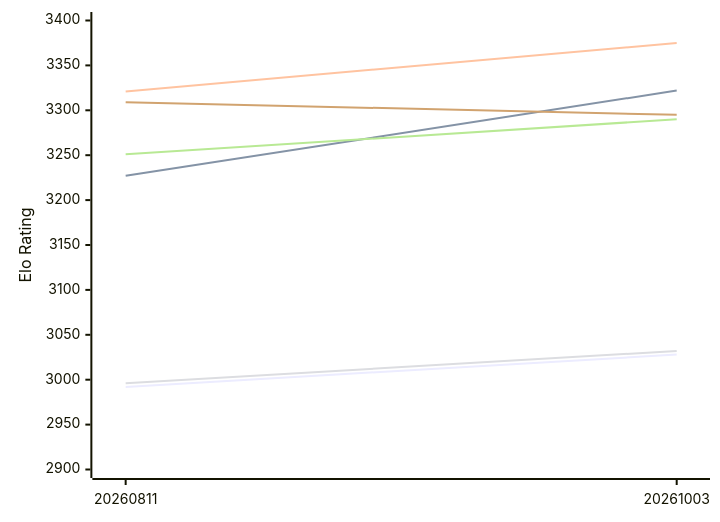
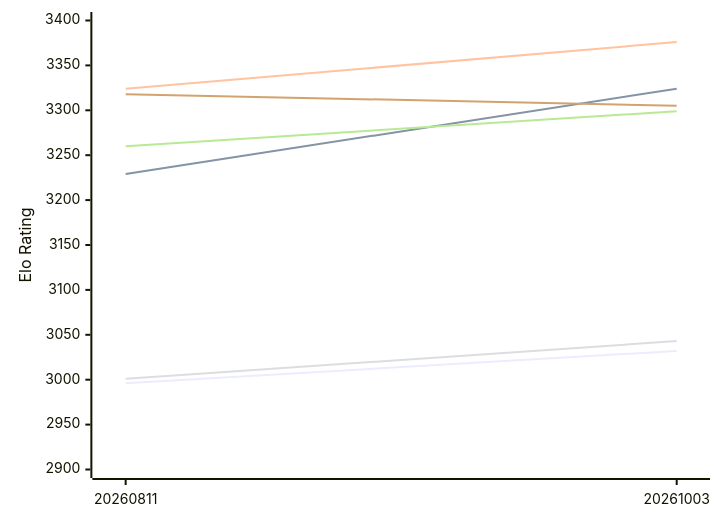
One commit to computer-chess-index/cci changed the first of 2 diagrams in engines/Askaig.md. Above: the diagram before and after it, drawn with Mermaid. The commit also changed other lines of this file, not shown here.

Commit message:
Update CCI Ratings (ELO VLTC) - 2026-11-25

````diff
--- a/engines/Askaig.md
+++ b/engines/Askaig.md
@@ -52,12 +52,12 @@
 ```mermaid
 %%{init: {"theme":"base","themeVariables":{"seriesColors:['#a3a3a3','#222221','#faa371']}}}%%
 xychart-beta
   x-axis ["20260811", "20261003"]
   y-axis "Elo Rating" 2900 --> 3400
-  line "E1: STC (8.0+0.08s)" [2992, 3028]
-  line "E1: LTC (60.0+0.60s)" [3227, 3322]
-  line "E1: VLTC (2m24s+1.12s)" [3321, 3375]
-  line "P1: STC (8.0+0.08s)" [2996, 3032]
-  line "P1: LTC (60.0+0.60s)" [3251, 3290]
-  line "P1: VLTC (2m24s+1.12s)" [3309, 3295]
+  line "E1: STC (8.0+0.08s)" [2996, 3032]
+  line "E1: LTC (60.0+0.60s)" [3229, 3324]
+  line "E1: VLTC (2m24s+1.12s)" [3324, 3376]
+  line "P1: STC (8.0+0.08s)" [3001, 3043]
+  line "P1: LTC (60.0+0.60s)" [3260, 3299]
+  line "P1: VLTC (2m24s+1.12s)" [3318, 3305]
 ```
````
